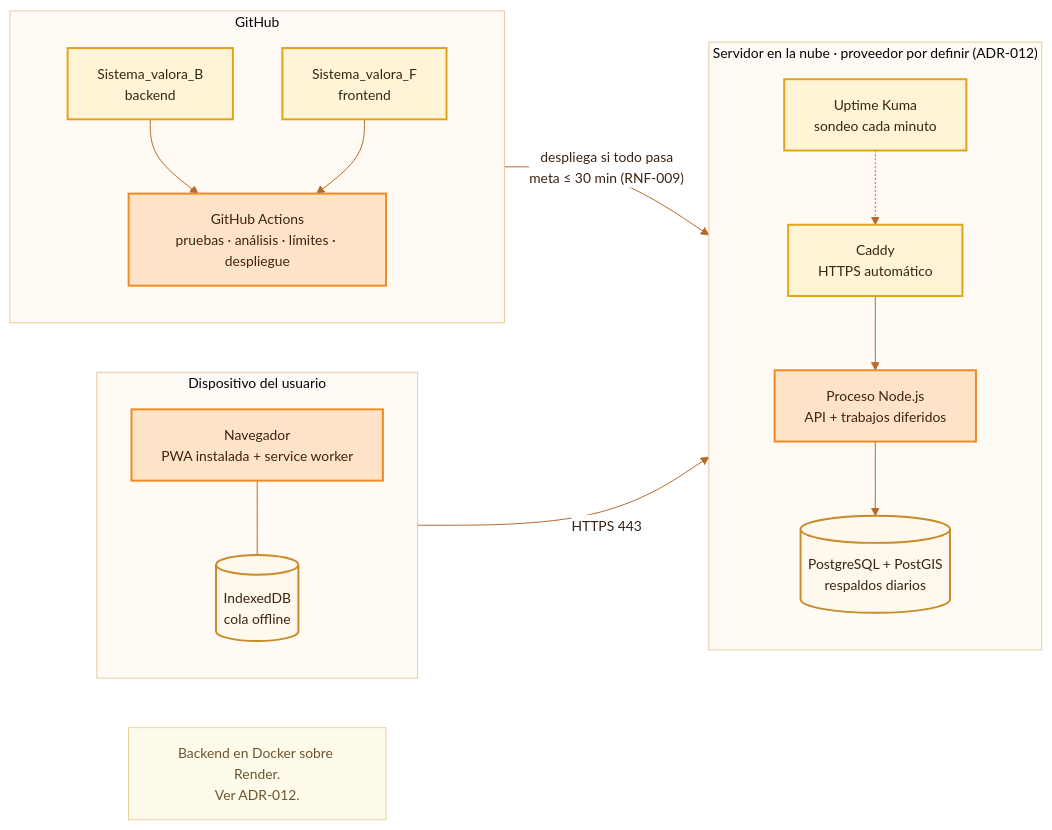
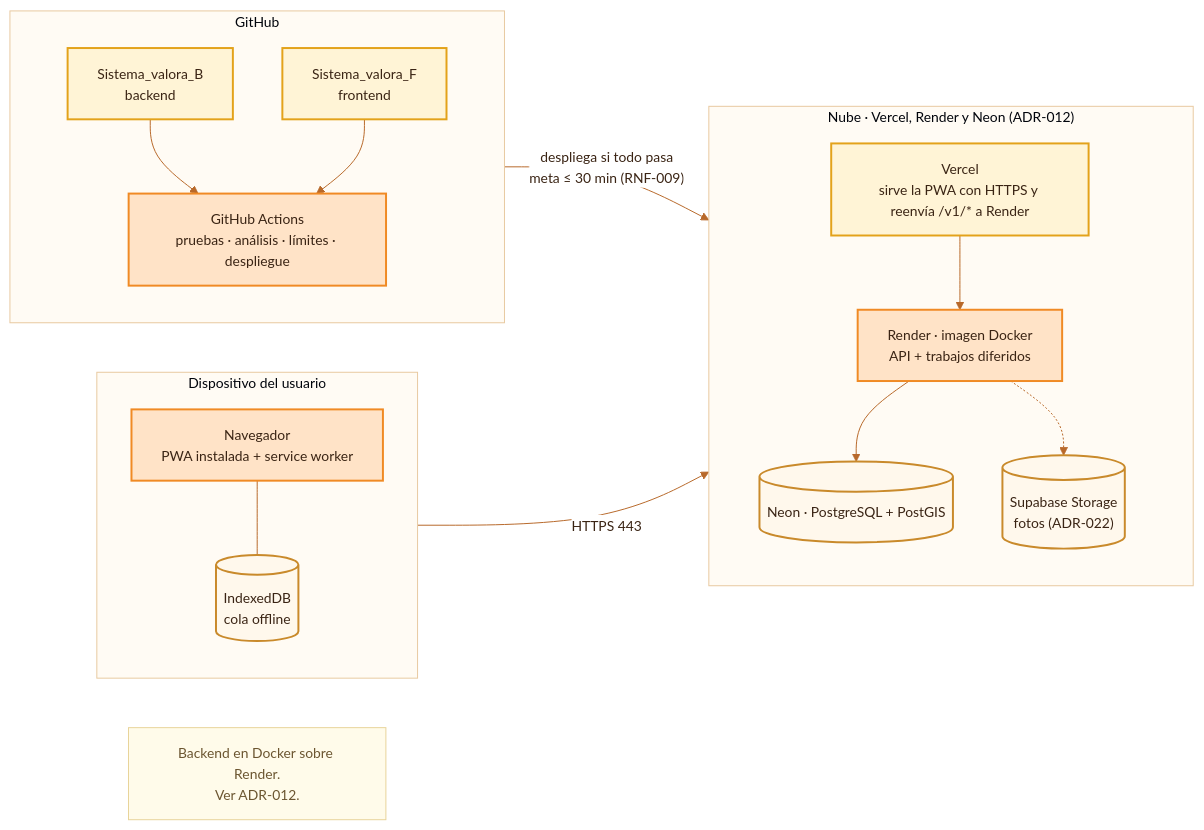
Before and after one commit to JuanJo0775/Sistema_valora_B: the diagram in docs/diagramas/12-despliegue.mmd, drawn with Mermaid. The commit also changed 6 other files, not shown here.

First line of the commit message:
docs(diagramas): actualizar 02, 03, 06, 08, 12 y 13 al despliegue y al módulo comercial reales (#210)

```diff
--- a/docs/diagramas/12-despliegue.mmd
+++ b/docs/diagramas/12-despliegue.mmd
@@ -1,38 +1,38 @@
 %%{init: {"theme":"base","themeVariables":{"fontFamily":"DejaVu Sans, Verdana, Arial, sans-serif","fontSize":"14px","primaryColor":"#FFF1DF","primaryBorderColor":"#F08A24","primaryTextColor":"#3A2414","secondaryColor":"#FFF7D6","tertiaryColor":"#FFFBF4","lineColor":"#B8692A","textColor":"#3A2414","clusterBkg":"#FFFBF4","clusterBorder":"#E8C9A0","edgeLabelBackground":"#FFFFFF","actorBkg":"#FFE3C7","actorBorder":"#F08A24","actorTextColor":"#3A2414","actorLineColor":"#E8B98A","signalColor":"#8A4B14","signalTextColor":"#3A2414","labelBoxBkgColor":"#FFE3C7","labelBoxBorderColor":"#F08A24","labelTextColor":"#3A2414","loopTextColor":"#8A4B14","noteBkgColor":"#FFF7D6","noteBorderColor":"#E3A21A","noteTextColor":"#3A2414","activationBkgColor":"#FFD7A8","activationBorderColor":"#F08A24","sequenceNumberColor":"#FFFFFF"}}}%%
 flowchart LR
   subgraph DEV["Dispositivo del usuario"]
     direction TB
     BR["Navegador<br/>PWA instalada + service worker"]:::nucleo
     IDB[("IndexedDB<br/>cola offline")]:::datos
     BR --- IDB
   end
-  subgraph CLOUD["Servidor en la nube · proveedor por definir (ADR-012)"]
+  subgraph CLOUD["Nube · Vercel, Render y Neon (ADR-012)"]
     direction TB
-    CAD["Caddy<br/>HTTPS automático"]:::soporte
-    NODE["Proceso Node.js<br/>API + trabajos diferidos"]:::nucleo
-    PG[("PostgreSQL + PostGIS<br/>respaldos diarios")]:::datos
-    UK["Uptime Kuma<br/>sondeo cada minuto"]:::soporte
+    CAD["Vercel<br/>sirve la PWA con HTTPS y reenvía /v1/* a Render"]:::soporte
+    NODE["Render · imagen Docker<br/>API + trabajos diferidos"]:::nucleo
+    PG[("Neon · PostgreSQL + PostGIS")]:::datos
+    SUPA[("Supabase Storage<br/>fotos (ADR-022)")]:::datos
     CAD --> NODE --> PG
-    UK -.-> CAD
+    NODE -.-> SUPA
   end
   subgraph GH["GitHub"]
     direction TB
     RB["Sistema_valora_B<br/>backend"]:::soporte
     RF["Sistema_valora_F<br/>frontend"]:::soporte
     GA["GitHub Actions<br/>pruebas · análisis · límites · despliegue"]:::nucleo
     RB --> GA
     RF --> GA
   end
   BR -->|"HTTPS 443"| CAD
   GA -->|"despliega si todo pasa<br/>meta ≤ 30 min (RNF-009)"| NODE
   N1["Backend en Docker sobre Render.<br/>Ver ADR-012."]:::nota
 
 classDef persona fill:#FFD7A8,stroke:#C2570C,stroke-width:2px,color:#3A2414
 classDef sistema fill:#FD8A2E,stroke:#C2570C,stroke-width:2px,color:#2A1405
 classDef nucleo fill:#FFE3C7,stroke:#F08A24,stroke-width:2px,color:#3A2414
 classDef soporte fill:#FFF4D6,stroke:#E3A21A,stroke-width:2px,color:#3A2414
 classDef evol fill:#FFE6DC,stroke:#E06A3A,stroke-width:2px,stroke-dasharray:6 4,color:#3A2414
 classDef externo fill:#F4EFE8,stroke:#A39788,stroke-width:1.5px,stroke-dasharray:4 3,color:#4A3F35
 classDef datos fill:#FFF8EC,stroke:#C98A2B,stroke-width:2px,color:#3A2414
 classDef dominio fill:#FFFDF7,stroke:#8A4B14,stroke-width:2.5px,color:#3A2414
 classDef nota fill:#FFFBEA,stroke:#E8D49A,stroke-width:1px,color:#6B5530
```
